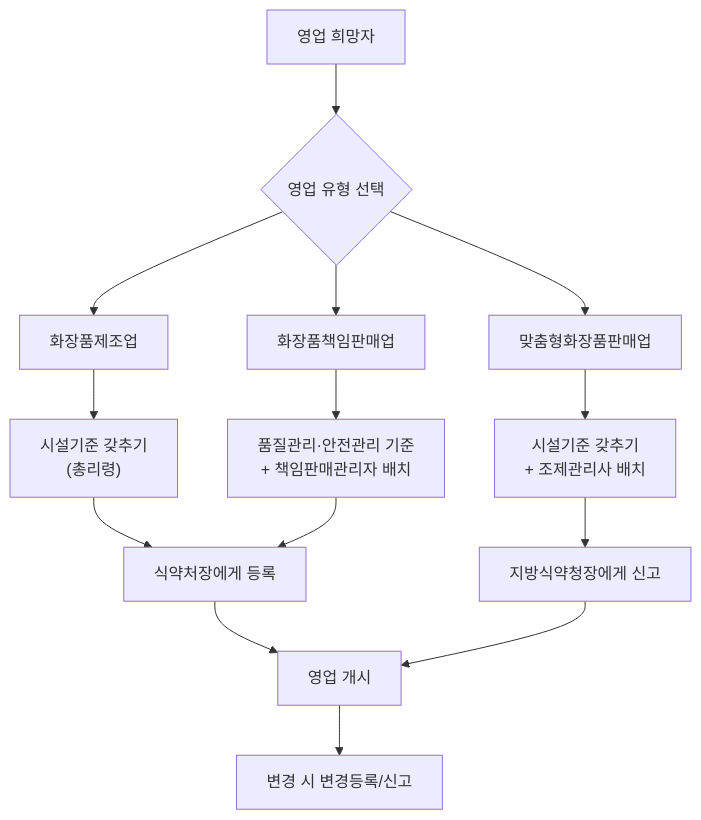
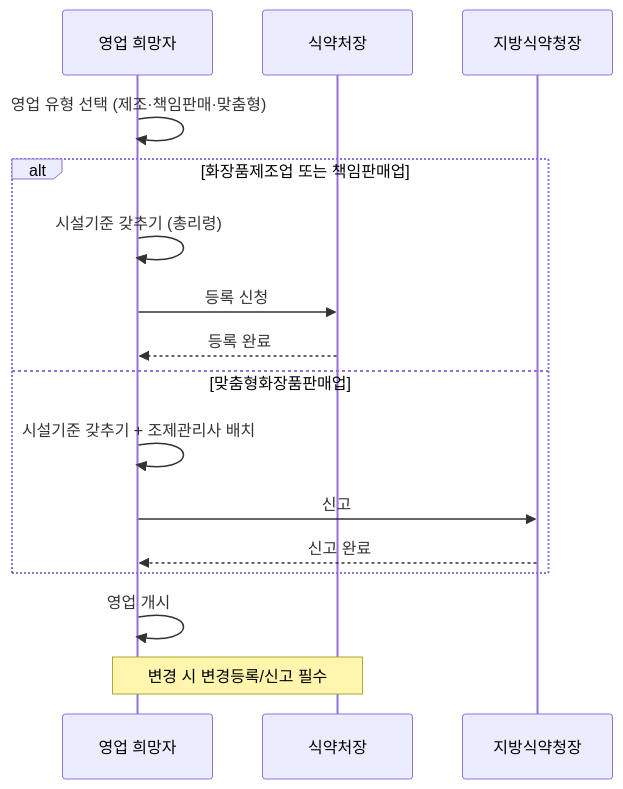
One commit to skygoldlee-cyber/Personalized_Skincare changed diagram 11 of 16 in content/교재/law/1과목_화장품법의이해_이야기형.md. Above: the diagram before and after it, drawn with Mermaid. The commit also changed other lines of this file and 14 other files, not shown here.

First line of the commit message:
feat: Mermaid 추가 다이어그램 타입 지원 (sequenceDiagram 등 10종) 및 교재 5곳 sequenceDiagram 교체

````diff
--- a/content/교재/law/1과목_화장품법의이해_이야기형.md
+++ b/content/교재/law/1과목_화장품법의이해_이야기형.md
@@ -2210,16 +2210,18 @@
 ```mermaid
-flowchart TD
-    A["영업 희망자"] --> B{"영업 유형 선택"}
-    B --> C["화장품제조업"]
-    B --> D["화장품책임판매업"]
-    B --> E["맞춤형화장품판매업"]
-    C --> F["시설기준 갖추기<br/>(총리령)"]
-    D --> G["품질관리·안전관리 기준<br/>+ 책임판매관리자 배치"]
-    E --> H["시설기준 갖추기<br/>+ 조제관리사 배치"]
-    F --> I["식약처장에게 등록"]
-    G --> I
-    H --> J["지방식약청장에게 신고"]
-    I --> K["영업 개시"]
-    J --> K
-    K --> L["변경 시 변경등록/신고"]
+sequenceDiagram
+    participant A as 영업 희망자
+    participant B as 식약처장
+    participant C as 지방식약청장
+    A->>A: 영업 유형 선택 (제조·책임판매·맞춤형)
+    alt 화장품제조업 또는 책임판매업
+        A->>A: 시설기준 갖추기 (총리령)
+        A->>B: 등록 신청
+        B-->>A: 등록 완료
+    else 맞춤형화장품판매업
+        A->>A: 시설기준 갖추기 + 조제관리사 배치
+        A->>C: 신고
+        C-->>A: 신고 완료
+    end
+    A->>A: 영업 개시
+    Note over A,B: 변경 시 변경등록/신고 필수
 ```
````
